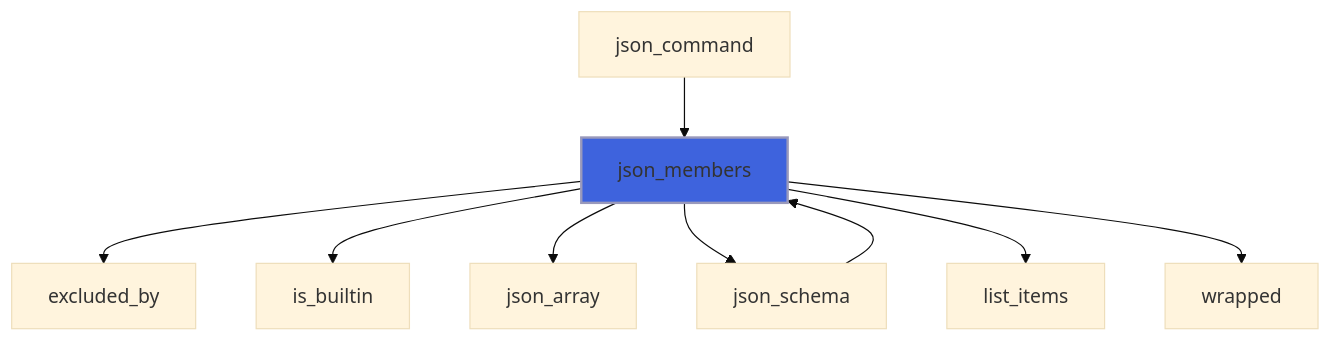
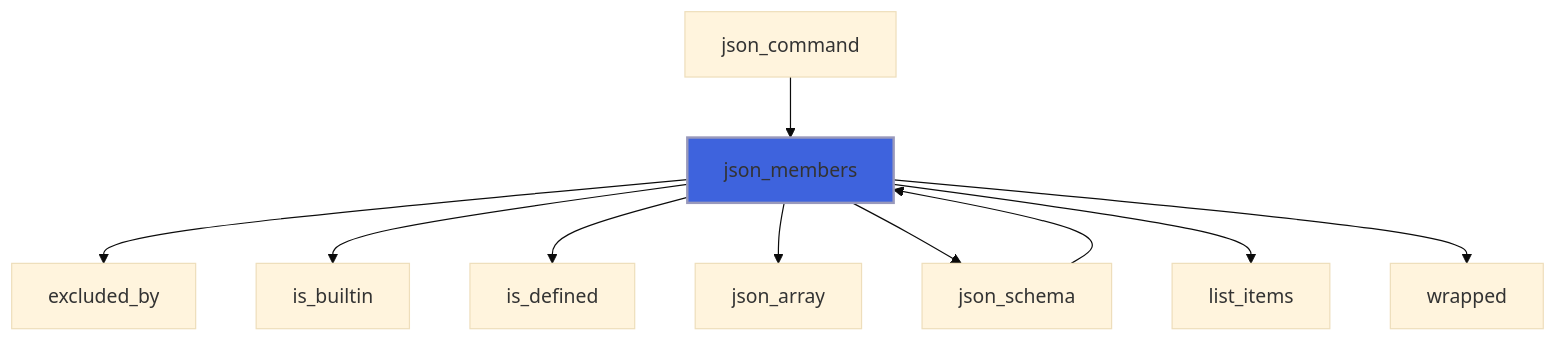
Before and after one commit to szaghi/FLAP: diagram 22 of 43 in docs/api/src/lib/flap_command_line_arguments_group_t.md, drawn with Mermaid (base theme). The commit also changed other lines of this file and 14 other files, not shown here.

````diff
--- a/docs/api/src/lib/flap_command_line_arguments_group_t.md
+++ b/docs/api/src/lib/flap_command_line_arguments_group_t.md
@@ -920,12 +920,13 @@
 ```mermaid
 flowchart TD
   json_command["json_command"] --> json_members["json_members"]
   json_schema["json_schema"] --> json_members["json_members"]
   json_members["json_members"] --> excluded_by["excluded_by"]
   json_members["json_members"] --> is_builtin["is_builtin"]
+  json_members["json_members"] --> is_defined["is_defined"]
   json_members["json_members"] --> json_array["json_array"]
   json_members["json_members"] --> json_schema["json_schema"]
   json_members["json_members"] --> list_items["list_items"]
   json_members["json_members"] --> wrapped["wrapped"]
   style json_members fill:#3e63dd,stroke:#99b,stroke-width:2px
 ```
````
